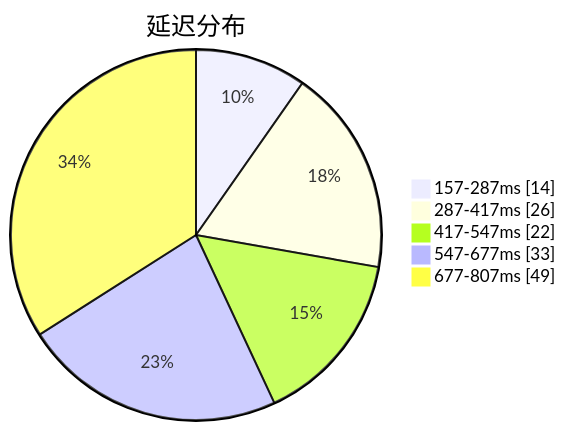
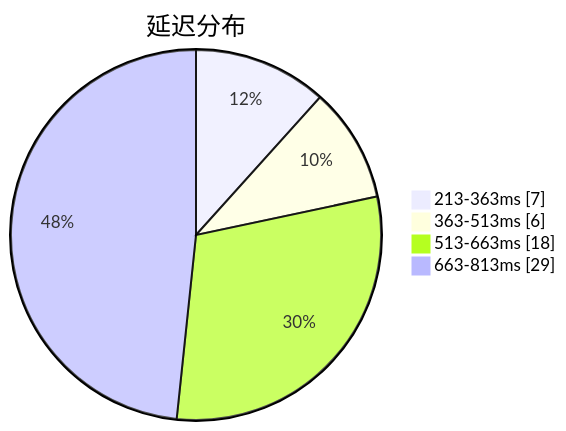
Before and after one commit to qjlxg/airport: the first of 3 diagrams in subs/statistics/tested_within.md, drawn with Mermaid. The commit also changed other lines of this file and 2 other files, not shown here.

````diff
--- a/subs/statistics/tested_within.md
+++ b/subs/statistics/tested_within.md
@@ -2,9 +2,8 @@
 ```mermaid
 pie showData
 title 延迟分布
-"157-287ms" : 14
-"287-417ms" : 26
-"417-547ms" : 22
-"547-677ms" : 33
-"677-807ms" : 49
+"213-363ms" : 7
+"363-513ms" : 6
+"513-663ms" : 18
+"663-813ms" : 29
 ```
````
